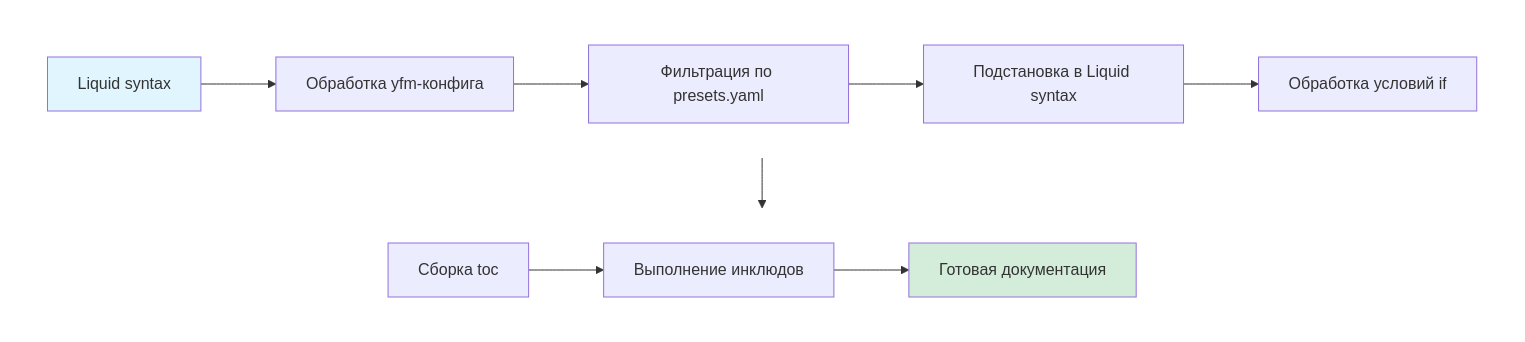
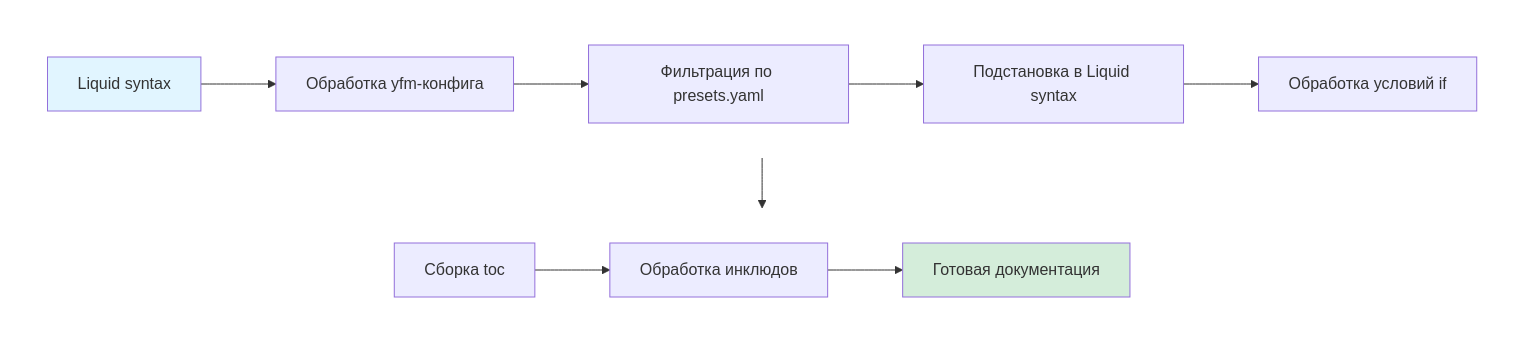
One commit to diplodoc-platform/docs changed the diagram in ru/dev/requirements.md. Above: the diagram before and after it, drawn with Mermaid.

Commit message:
Edit mermaid block

````diff
--- a/ru/dev/requirements.md
+++ b/ru/dev/requirements.md
@@ -14,25 +14,25 @@
 ```mermaid
 flowchart TB
 
     subgraph Row1[ ]
         direction LR
         A[Liquid syntax] --> B[Обработка yfm-конфига]
         B --> C[Фильтрация по presets.yaml]
         C --> D[Подстановка в Liquid syntax]
         D --> E[Обработка условий if]
     end
 
     subgraph Row2[ ]
         direction LR
-        F[Сборка toc] --> G[Выполнение инклюдов]
+        F[Сборка toc] --> G[Обработка инклюдов]
         G --> H[Готовая документация]
     end
 
     %% Связь между рядами
     E --> F
 
     style A fill:#e1f5ff
     style H fill:#d4edda
     style Row1 stroke-width:0px,fill:none
     style Row2 stroke-width:0px,fill:none
 ```
````
